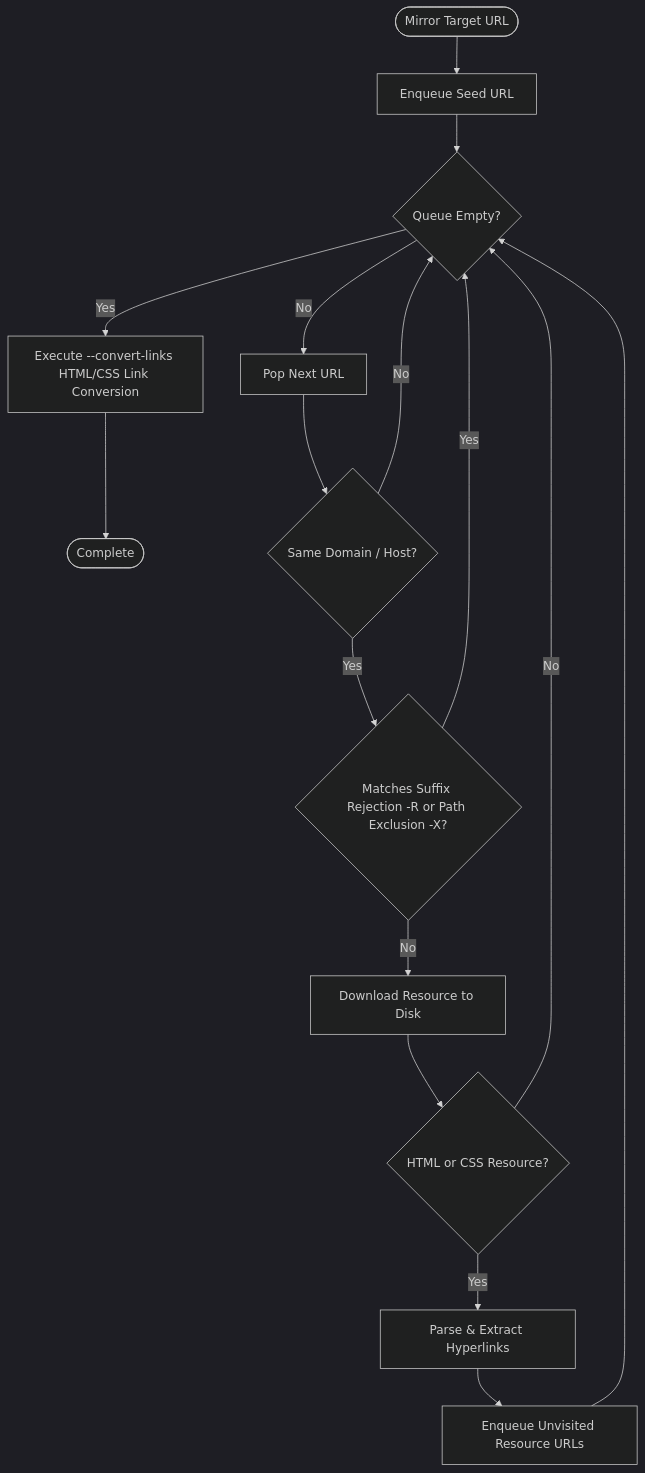
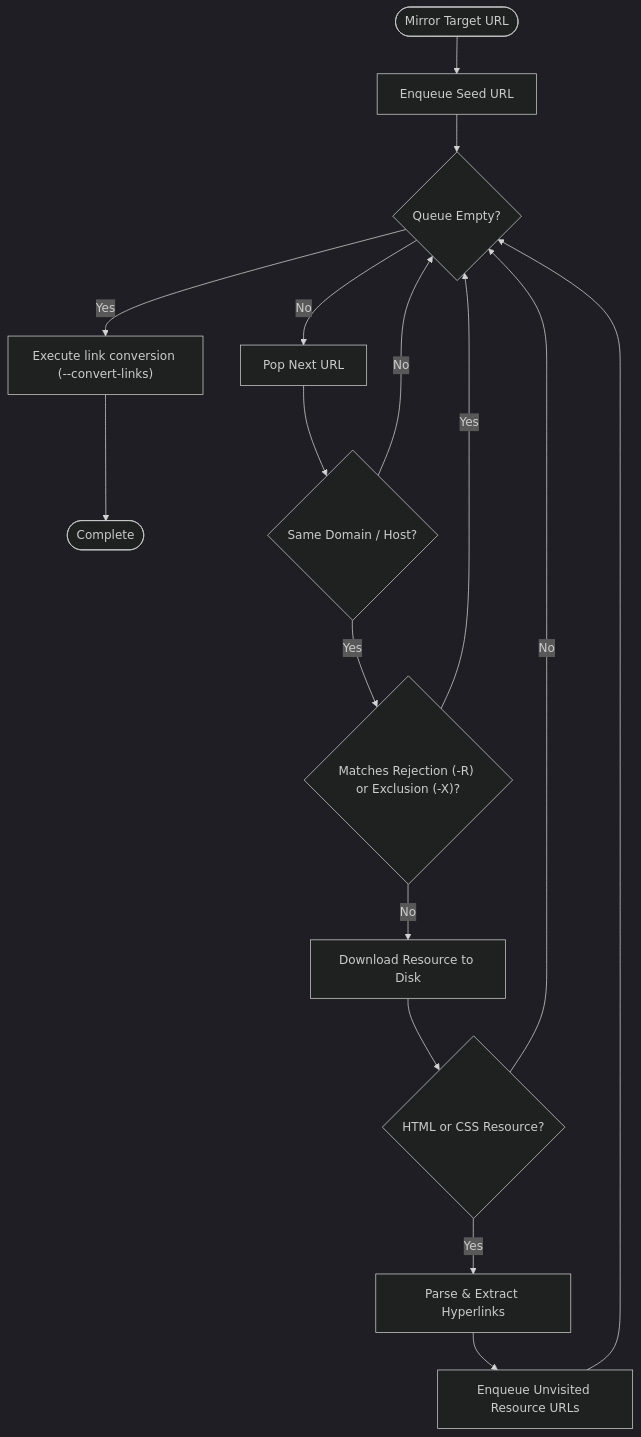
Before and after one commit to sahmedhusain/fetchcraft: the third of 3 diagrams in README.md, drawn with Mermaid (dark theme). The commit also changed other lines of this file, not shown here.

Commit message:
docs: Fix Mermaid sequence diagram semicolon and flowchart edge label errors

````diff
--- a/README.md
+++ b/README.md
@@ -94,20 +94,22 @@
 ```mermaid
 flowchart TD
     Start([Mirror Target URL]) --> Queue[Enqueue Seed URL]
     Queue --> Loop{Queue Empty?}
     
-    Loop -- Yes --> PostProcess[Execute --convert-links HTML/CSS Link Conversion] --> End([Complete])
-    Loop -- No --> Dequeue[Pop Next URL]
+    Loop -->|Yes| PostProcess["Execute link conversion (--convert-links)"]
+    PostProcess --> End([Complete])
+    Loop -->|No| Dequeue[Pop Next URL]
     
     Dequeue --> HostCheck{Same Domain / Host?}
-    HostCheck -- No --> Loop
-    HostCheck -- Yes --> FilterCheck{Matches Suffix Rejection -R or Path Exclusion -X?}
+    HostCheck -->|No| Loop
+    HostCheck -->|Yes| FilterCheck{"Matches Rejection (-R) or Exclusion (-X)?"}
     
-    FilterCheck -- Yes --> Loop
-    FilterCheck -- No --> Fetch[Download Resource to Disk]
+    FilterCheck -->|Yes| Loop
+    FilterCheck -->|No| Fetch[Download Resource to Disk]
     
     Fetch --> ContentCheck{HTML or CSS Resource?}
-    ContentCheck -- Yes --> Extract[Parse & Extract Hyperlinks]
-    Extract --> EnqueueNew[Enqueue Unvisited Resource URLs] --> Loop
-    ContentCheck -- No --> Loop
+    ContentCheck -->|Yes| Extract[Parse & Extract Hyperlinks]
+    Extract --> EnqueueNew[Enqueue Unvisited Resource URLs]
+    EnqueueNew --> Loop
+    ContentCheck -->|No| Loop
 ```
````
